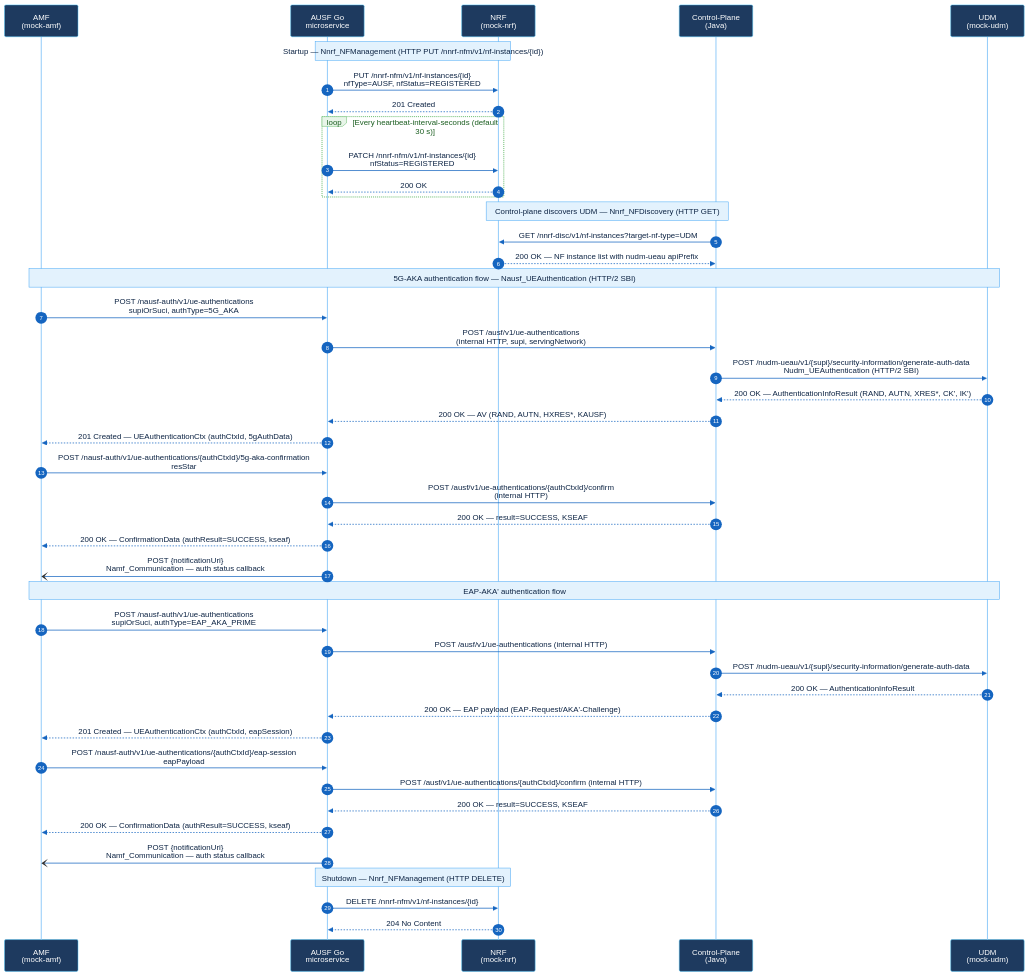
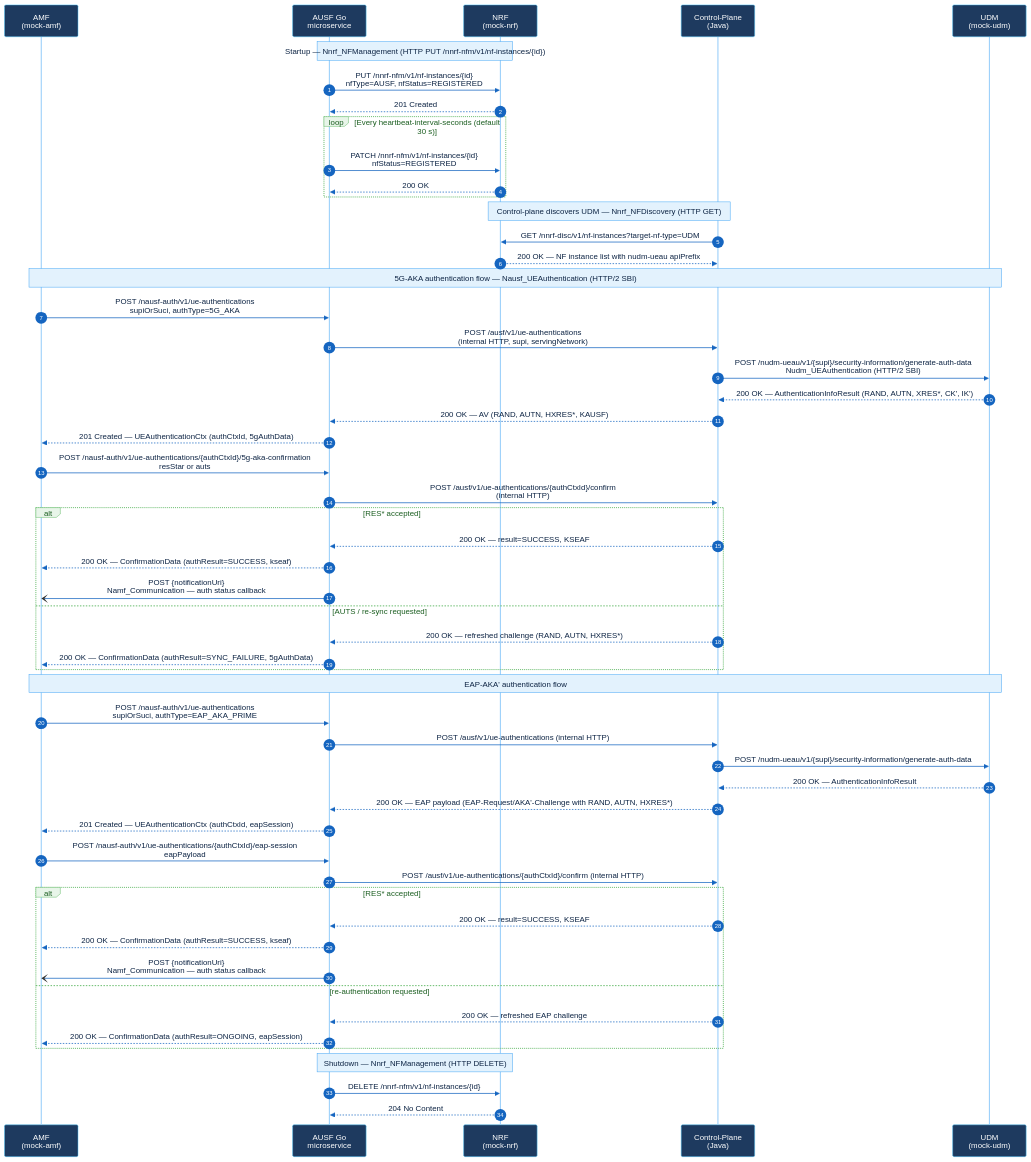
The diagram in README.md (cubasnik/AUSF), drawn with Mermaid before and after one commit. The commit also changed other lines of this file and 139 other files, not shown here.

```diff
--- a/README.md
+++ b/README.md
@@ -95,25 +159,35 @@
     CP-->>AUSF: 200 OK — AV (RAND, AUTN, HXRES*, KAUSF)
     AUSF-->>AMF: 201 Created — UEAuthenticationCtx (authCtxId, 5gAuthData)
 
-    AMF->>AUSF: POST /nausf-auth/v1/ue-authentications/{authCtxId}/5g-aka-confirmation<br/>resStar
+    AMF->>AUSF: POST /nausf-auth/v1/ue-authentications/{authCtxId}/5g-aka-confirmation<br/>resStar or auts
     AUSF->>CP: POST /ausf/v1/ue-authentications/{authCtxId}/confirm<br/>(internal HTTP)
-    CP-->>AUSF: 200 OK — result=SUCCESS, KSEAF
-    AUSF-->>AMF: 200 OK — ConfirmationData (authResult=SUCCESS, kseaf)
-    AUSF-)AMF: POST {notificationUri}<br/>Namf_Communication — auth status callback
+    alt RES* accepted
+      CP-->>AUSF: 200 OK — result=SUCCESS, KSEAF
+      AUSF-->>AMF: 200 OK — ConfirmationData (authResult=SUCCESS, kseaf)
+      AUSF-)AMF: POST {notificationUri}<br/>Namf_Communication — auth status callback
+    else AUTS / re-sync requested
+      CP-->>AUSF: 200 OK — refreshed challenge (RAND, AUTN, HXRES*)
+      AUSF-->>AMF: 200 OK — ConfirmationData (authResult=SYNC_FAILURE, 5gAuthData)
+    end
 
     Note over AMF,UDM: EAP-AKA' authentication flow
     AMF->>AUSF: POST /nausf-auth/v1/ue-authentications<br/>supiOrSuci, authType=EAP_AKA_PRIME
     AUSF->>CP: POST /ausf/v1/ue-authentications (internal HTTP)
     CP->>UDM: POST /nudm-ueau/v1/{supi}/security-information/generate-auth-data
     UDM-->>CP: 200 OK — AuthenticationInfoResult
-    CP-->>AUSF: 200 OK — EAP payload (EAP-Request/AKA'-Challenge)
+    CP-->>AUSF: 200 OK — EAP payload (EAP-Request/AKA'-Challenge with RAND, AUTN, HXRES*)
     AUSF-->>AMF: 201 Created — UEAuthenticationCtx (authCtxId, eapSession)
 
     AMF->>AUSF: POST /nausf-auth/v1/ue-authentications/{authCtxId}/eap-session<br/>eapPayload
     AUSF->>CP: POST /ausf/v1/ue-authentications/{authCtxId}/confirm (internal HTTP)
-    CP-->>AUSF: 200 OK — result=SUCCESS, KSEAF
-    AUSF-->>AMF: 200 OK — ConfirmationData (authResult=SUCCESS, kseaf)
-    AUSF-)AMF: POST {notificationUri}<br/>Namf_Communication — auth status callback
+    alt RES* accepted
+      CP-->>AUSF: 200 OK — result=SUCCESS, KSEAF
+      AUSF-->>AMF: 200 OK — ConfirmationData (authResult=SUCCESS, kseaf)
+      AUSF-)AMF: POST {notificationUri}<br/>Namf_Communication — auth status callback
+    else re-authentication requested
+      CP-->>AUSF: 200 OK — refreshed EAP challenge
+      AUSF-->>AMF: 200 OK — ConfirmationData (authResult=ONGOING, eapSession)
+    end
 
     Note over AUSF,NRF: Shutdown — Nnrf_NFManagement (HTTP DELETE)
     AUSF->>NRF: DELETE /nnrf-nfm/v1/nf-instances/{id}
```
